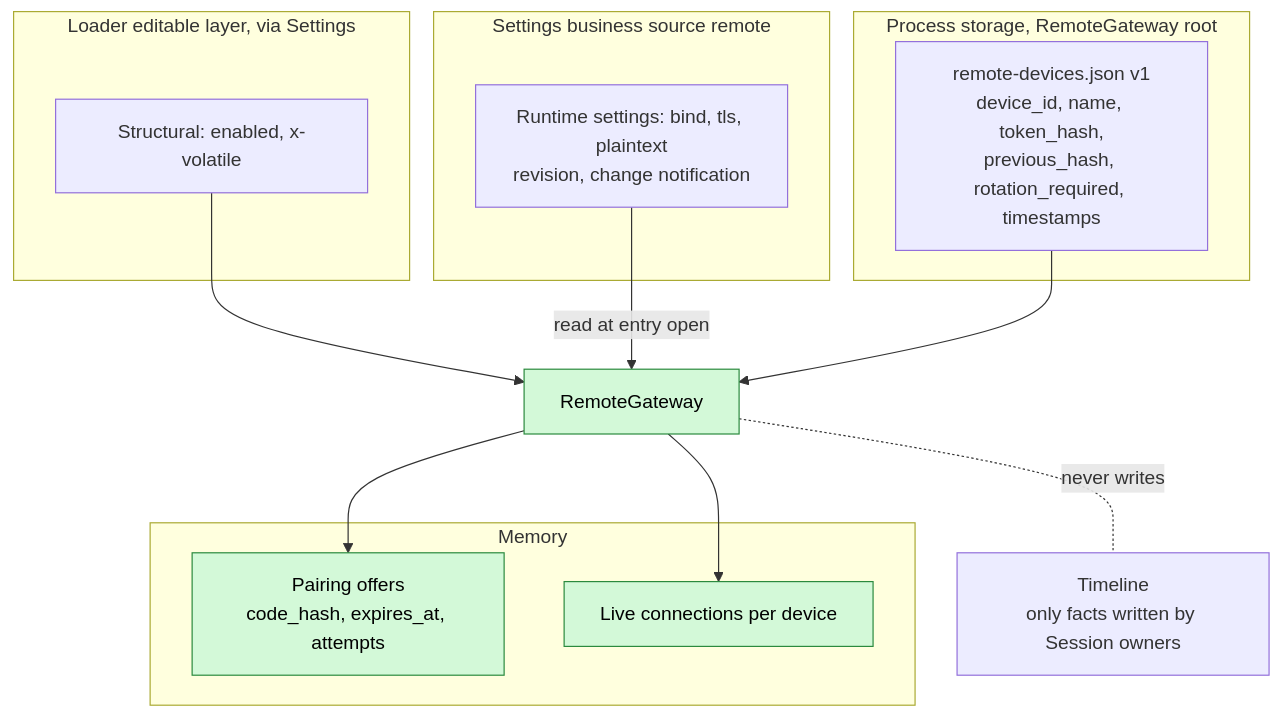
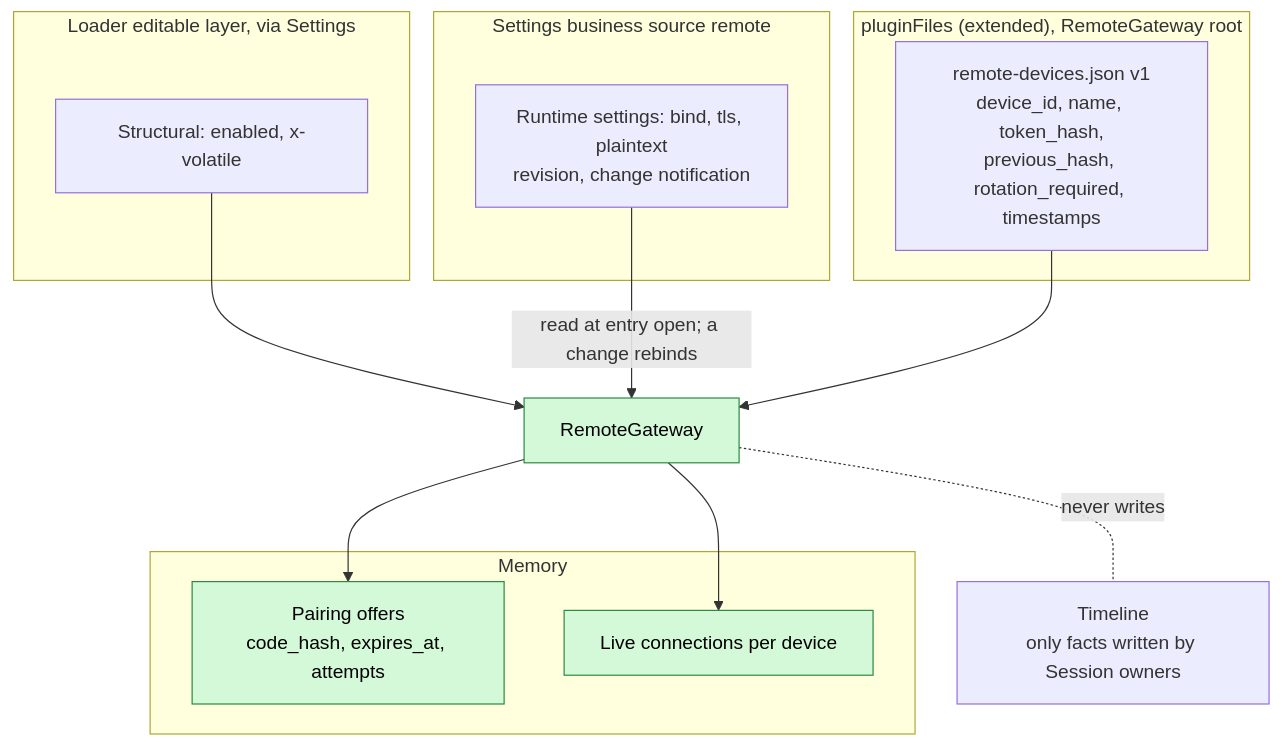
Before and after one commit to CoutinhoTTS/dim-agent: the second of 6 diagrams in docs/design/plugins/RemoteGateway.md, drawn with Mermaid. The commit also changed other lines of this file and 42 other files, not shown here.

````diff
--- a/docs/design/plugins/RemoteGateway.md
+++ b/docs/design/plugins/RemoteGateway.md
@@ -45,24 +45,24 @@
 ```mermaid
 flowchart TB
   subgraph LEL["Loader editable layer, via Settings"]
     CFG["Structural: enabled, x-volatile"]
   end
   subgraph BS["Settings business source remote"]
     RS["Runtime settings: bind, tls, plaintext<br/>revision, change notification"]
   end
-  subgraph PS["Process storage, RemoteGateway root"]
+  subgraph PS["pluginFiles (extended), RemoteGateway root"]
     DEVS["remote-devices.json v1<br/>device_id, name, token_hash,<br/>previous_hash, rotation_required, timestamps"]
   end
   subgraph MEM["Memory"]
     OFF["Pairing offers<br/>code_hash, expires_at, attempts"]:::new
     LIVE["Live connections per device"]:::new
   end
   TL["Timeline<br/>only facts written by Session owners"]
   CFG --> RG["RemoteGateway"]:::new
-  RS -->|"read at entry open"| RG
+  RS -->|"read at entry open; a change rebinds"| RG
   DEVS --> RG
   RG --> OFF
   RG --> LIVE
   RG -.-|"never writes"| TL
   classDef new fill:#d3f9d8,stroke:#2b8a3e,color:#000
 ```
````
